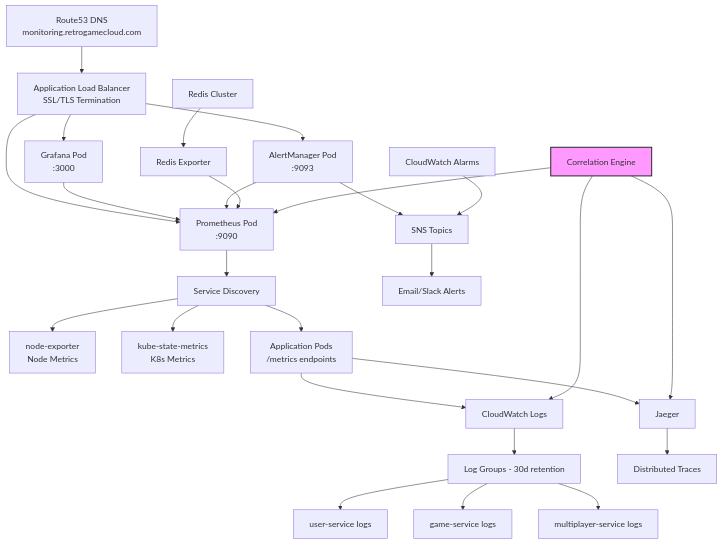
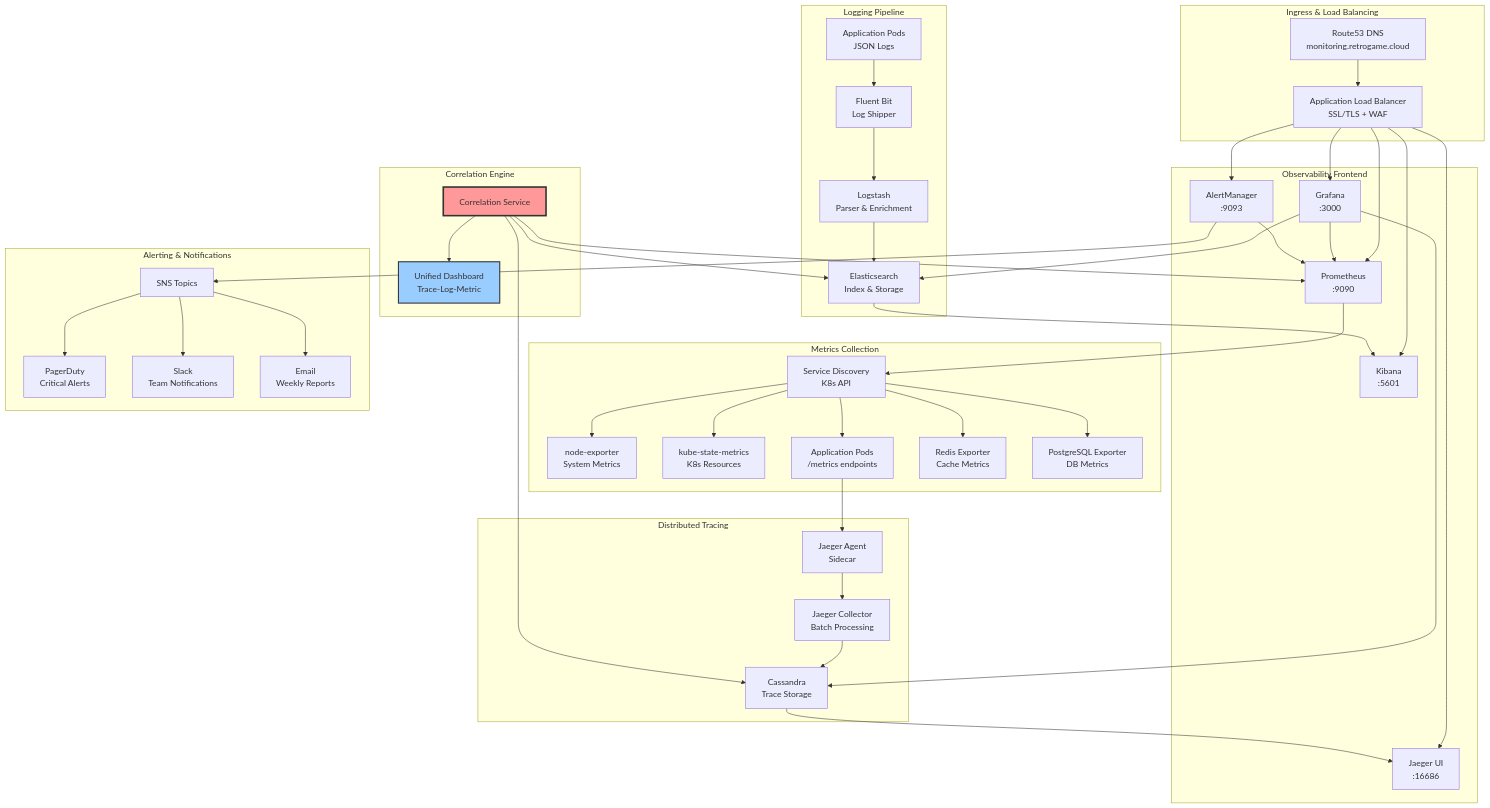
The diagram in infrastructure/monitoring.mdx (retrogamecloud/docs), drawn with Mermaid before and after one commit. The commit also changed other lines of this file and 40 other files, not shown here.

````diff
--- a/infrastructure/monitoring.mdx
+++ b/infrastructure/monitoring.mdx
@@ -39,36 +39,59 @@
 ```mermaid
-graph TD
-    A[Route53 DNS<br/>monitoring.retrogamecloud.com] --> B[Application Load Balancer<br/>SSL/TLS Termination]
-    B --> C[Grafana Pod<br/>:3000]
-    B --> D[Prometheus Pod<br/>:9090]
-    B --> E[AlertManager Pod<br/>:9093]
+graph TB
+    subgraph "Ingress & Load Balancing"
+        A[Route53 DNS<br/>monitoring.retrogame.cloud] --> B[Application Load Balancer<br/>SSL/TLS + WAF]
+    end
 
-    D --> F[Service Discovery]
-    F --> G[node-exporter<br/>Node Metrics]
-    F --> H[kube-state-metrics<br/>K8s Metrics]
-    F --> I[Application Pods<br/>/metrics endpoints]
+    subgraph "Observability Frontend"
+        B --> C[Grafana<br/>:3000]
+        B --> D[Kibana<br/>:5601]
+        B --> E[Jaeger UI<br/>:16686]
+        B --> F[Prometheus<br/>:9090]
+        B --> G[AlertManager<br/>:9093]
+    end
 
-    J[CloudWatch Logs] --> K[Log Groups - 30d retention]
-    K --> L[user-service logs]
-    K --> M[game-service logs]
-    K --> N[multiplayer-service logs]
+    subgraph "Metrics Collection"
+        F --> H[Service Discovery<br/>K8s API]
+        H --> I[node-exporter<br/>System Metrics]
+        H --> J[kube-state-metrics<br/>K8s Resources]
+        H --> K[Application Pods<br/>/metrics endpoints]
+        H --> L[Redis Exporter<br/>Cache Metrics]
+        H --> M[PostgreSQL Exporter<br/>DB Metrics]
+    end
 
-    C --> D
-    E --> D
-    E --> O[SNS Topics]
-    O --> P[Email/Slack Alerts]
+    subgraph "Logging Pipeline"
+        N[Application Pods<br/>JSON Logs] --> O[Fluent Bit<br/>Log Shipper]
+        O --> P[Logstash<br/>Parser & Enrichment]
+        P --> Q[Elasticsearch<br/>Index & Storage]
+        Q --> D
+    end
 
-    Q[CloudWatch Alarms] --> O
-    I --> J
+    subgraph "Distributed Tracing"
+        K --> R[Jaeger Agent<br/>Sidecar]
+        R --> S[Jaeger Collector<br/>Batch Processing]
+        S --> T[Cassandra<br/>Trace Storage]
+        T --> E
+    end
 
-    R[Redis Exporter] --> D
-    S[Redis Cluster] --> R
+    subgraph "Alerting & Notifications"
+        G --> U[SNS Topics]
+        U --> V[PagerDuty<br/>Critical Alerts]
+        U --> W[Slack<br/>Team Notifications]
+        U --> X[Email<br/>Weekly Reports]
+    end
 
-    T[Jaeger] --> U[Distributed Traces]
-    I --> T
-    V[Correlation Engine] --> J
-    V --> D
-    V --> T
+    subgraph "Correlation Engine"
+        Y[Correlation Service] --> Q
+        Y --> F
+        Y --> T
+        Y --> Z[Unified Dashboard<br/>Trace-Log-Metric]
+    end
 
-    style V fill:#f9f,stroke:#333,stroke-width:2px
+    C --> F
+    C --> Q
+    C --> T
+    G --> F
+
+    style Y fill:#ff9999,stroke:#333,stroke-width:3px
+    style Z fill:#99ccff,stroke:#333,stroke-width:2px
 ```
````
